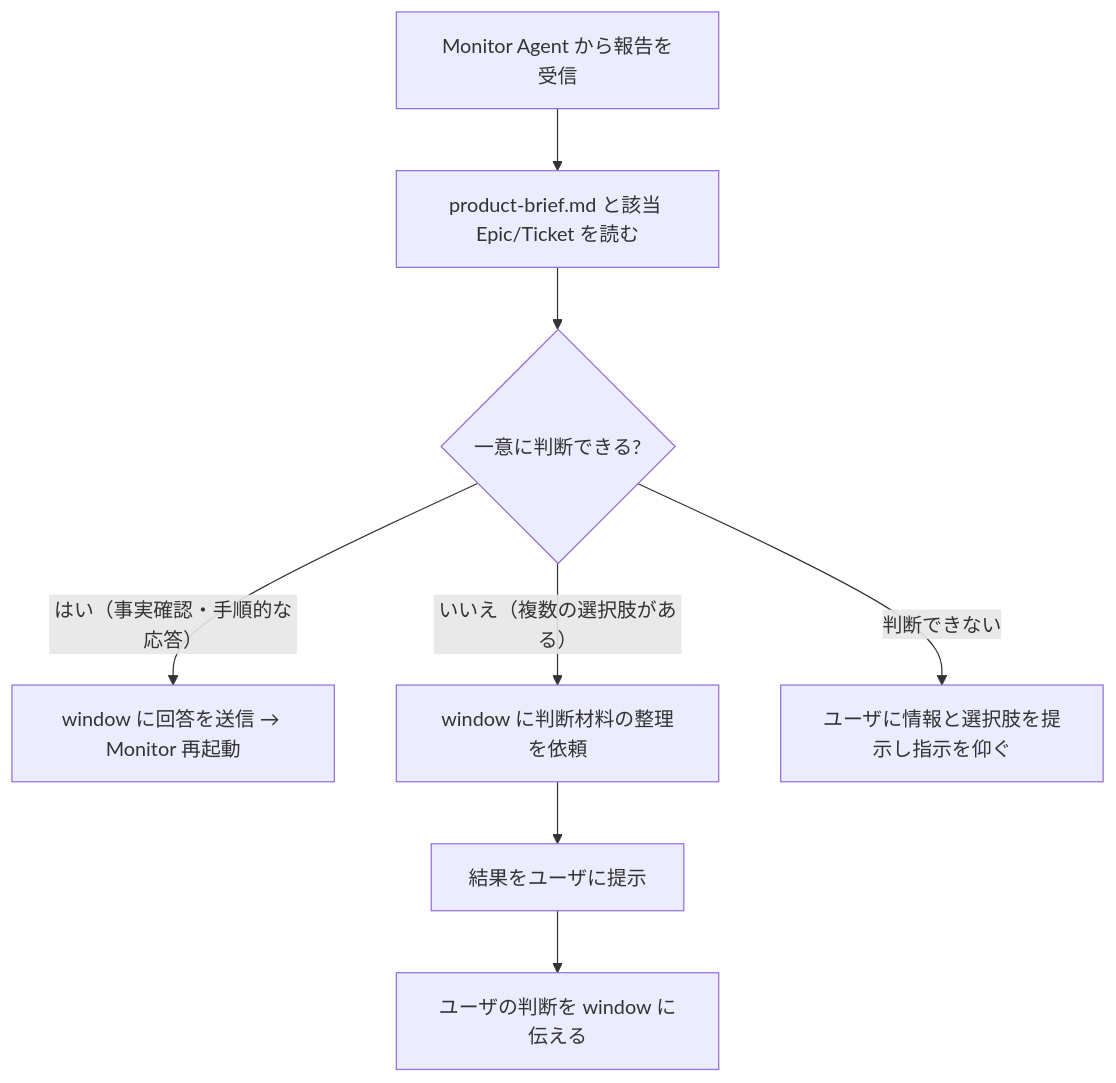
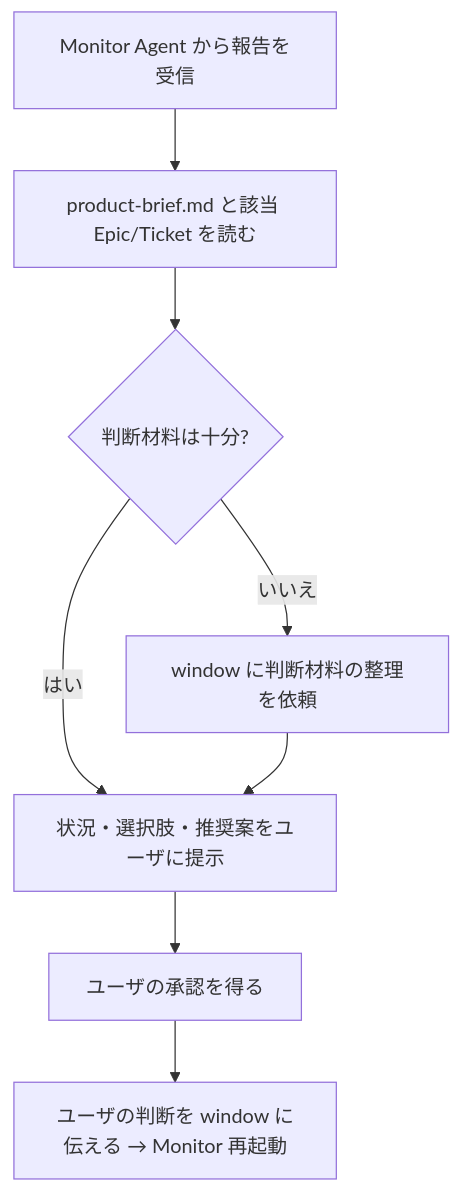
The third of 3 diagrams in skills/tmux-director/SKILL.md (masuidrive/pdh), drawn with Mermaid before and after one commit. The commit also changed other lines of this file, not shown here.

````diff
--- a/skills/tmux-director/SKILL.md
+++ b/skills/tmux-director/SKILL.md
@@ -277,10 +272,10 @@
 ```mermaid
 flowchart TD
     D1["Monitor Agent から報告を受信"] --> D2["product-brief.md と該当 Epic/Ticket を読む"]
-    D2 --> D3{"一意に判断できる?"}
-    D3 -- "はい（事実確認・手順的な応答）" --> D4["window に回答を送信 → Monitor 再起動"]
-    D3 -- "いいえ（複数の選択肢がある）" --> D5["window に判断材料の整理を依頼"]
-    D5 --> D6["結果をユーザに提示"]
-    D6 --> D7["ユーザの判断を window に伝える"]
-    D3 -- "判断できない" --> D8["ユーザに情報と選択肢を提示し指示を仰ぐ"]
+    D2 --> D3{"判断材料は十分?"}
+    D3 -- "はい" --> D4["状況・選択肢・推奨案をユーザに提示"]
+    D3 -- "いいえ" --> D5["window に判断材料の整理を依頼"]
+    D5 --> D4
+    D4 --> D6["ユーザの承認を得る"]
+    D6 --> D7["ユーザの判断を window に伝える → Monitor 再起動"]
 ```
````
